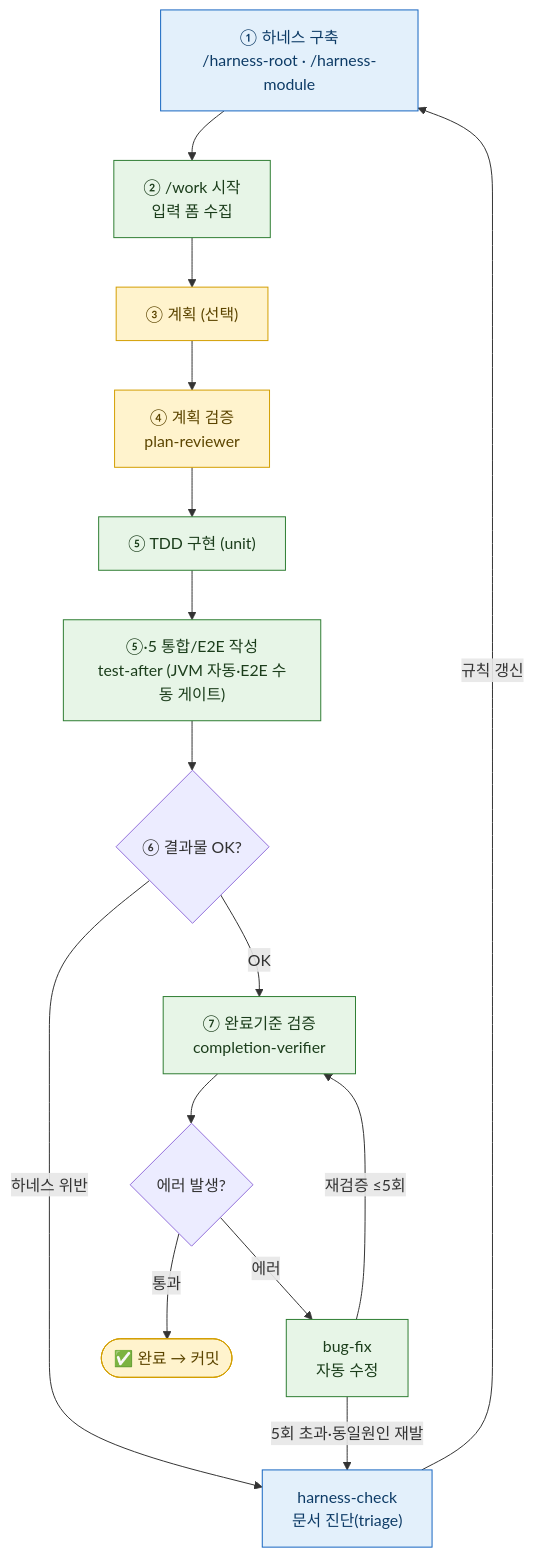
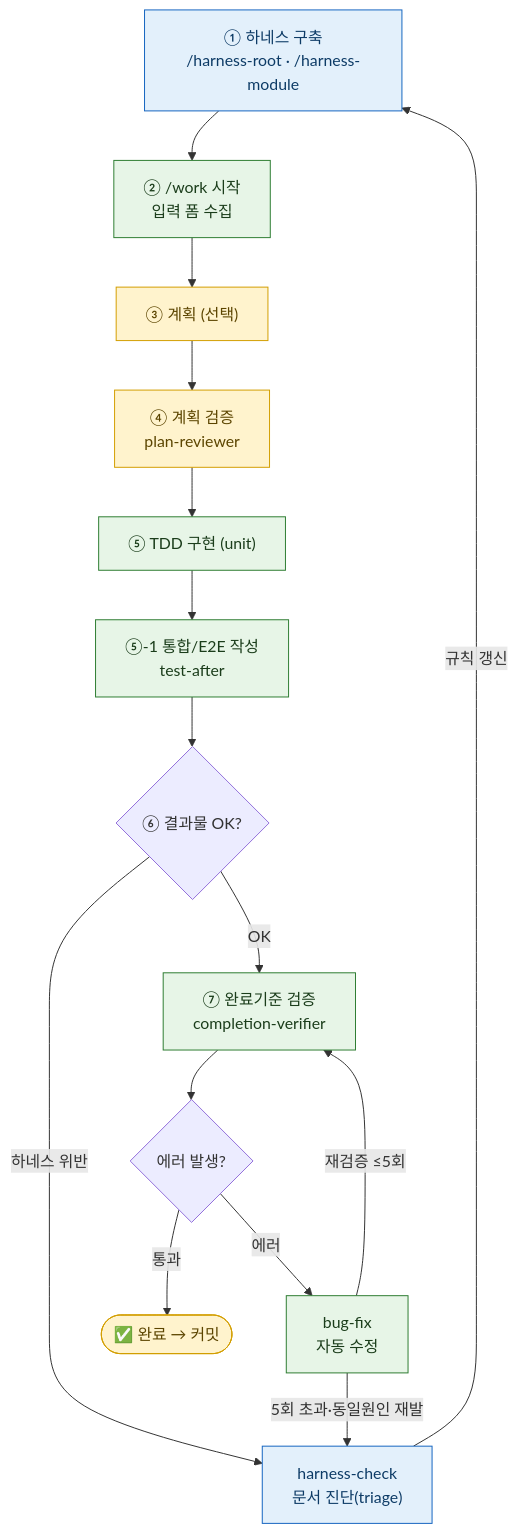
Before and after one commit to yunjeLee/yeoboya_harness_plugin: the diagram in README.md, drawn with Mermaid. The commit also changed other lines of this file, not shown here.

````diff
--- a/README.md
+++ b/README.md
@@ -77,24 +76,24 @@
 ```mermaid
 flowchart TD
     H["① 하네스 구축<br/>/harness-root · /harness-module"]:::harness
     H --> W["② /work 시작<br/>입력 폼 수집"]:::auto
     W --> P["③ 계획 (선택)"]:::gate
     P --> PR["④ 계획 검증<br/>plan-reviewer"]:::gate
     PR --> TDD["⑤ TDD 구현 (unit)"]:::auto
-    TDD --> IT["⑤·5 통합/E2E 작성<br/>test-after (JVM 자동·E2E 수동 게이트)"]:::auto
+    TDD --> IT["⑤-1 통합/E2E 작성<br/>test-after"]:::auto
     IT --> Q{"⑥ 결과물 OK?"}
     Q -->|하네스 위반| HC
     Q -->|OK| CRI["⑦ 완료기준 검증<br/>completion-verifier"]:::auto
     CRI --> Q2{에러 발생?}
     Q2 -->|에러| BF["bug-fix<br/>자동 수정"]:::auto
     BF -->|재검증 ≤5회| CRI
     Q2 -->|통과| DONE([✅ 완료 → 커밋]):::gate
 
     BF -->|5회 초과·동일원인 재발| HC
     HC["harness-check<br/>문서 진단(triage)"]:::harness
     HC -->|규칙 갱신| H
 
     classDef auto fill:#e7f5e7,stroke:#2e7d32,color:#1b3d1b
     classDef gate fill:#fff3cd,stroke:#d39e00,color:#5c4500
     classDef harness fill:#e3f0fb,stroke:#1565c0,color:#0d3b66
 ```
````
